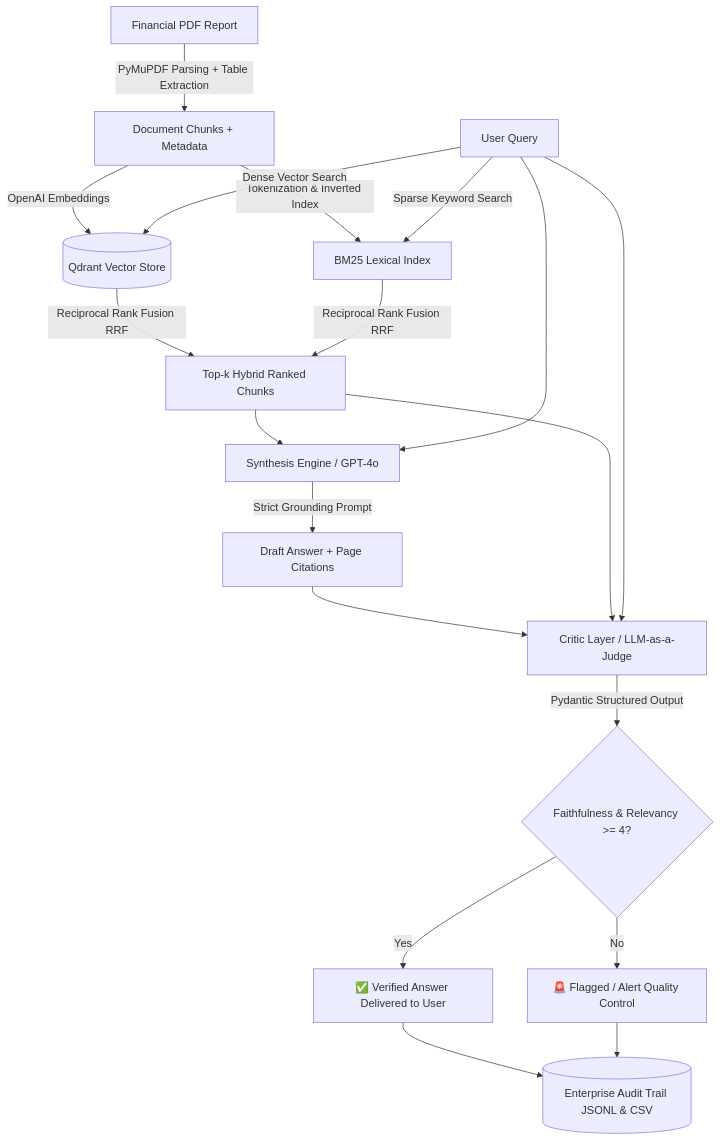
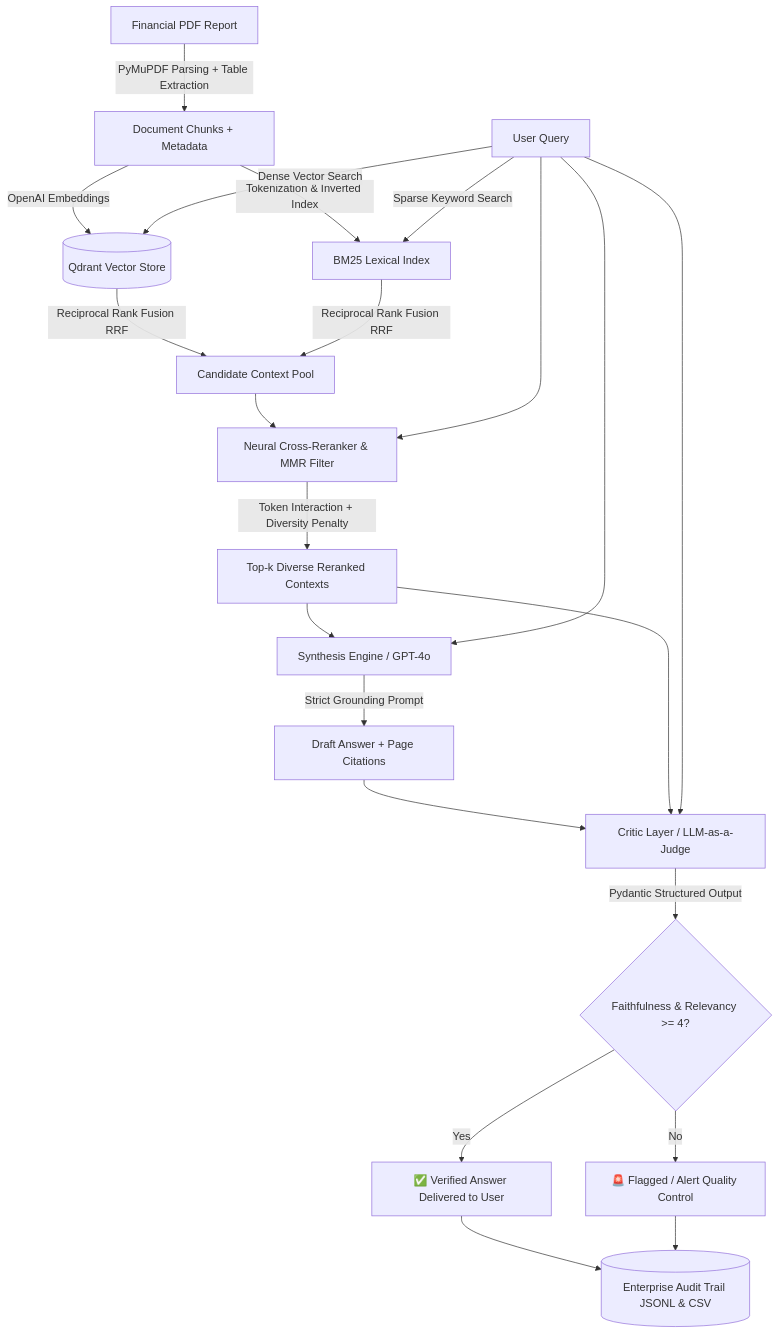
One commit to Melltros/multimodal-enterprise-rag changed the diagram in README.md. Above: the diagram before and after it, drawn with Mermaid. The commit also changed other lines of this file and 9 other files, not shown here.

Commit message:
feat(reranker): implement neural cross-reranker with MMR context redundancy filtering

````diff
--- a/README.md
+++ b/README.md
@@ -15,22 +15,25 @@
 ```mermaid
 flowchart TD
     A[Financial PDF Report] -->|PyMuPDF Parsing + Table Extraction| B[Document Chunks + Metadata]
     B -->|OpenAI Embeddings| C[(Qdrant Vector Store)]
     B -->|Tokenization & Inverted Index| D[BM25 Lexical Index]
     
     E[User Query] -->|Dense Vector Search| C
     E -->|Sparse Keyword Search| D
     
-    C & D -->|Reciprocal Rank Fusion RRF| F[Top-k Hybrid Ranked Chunks]
+    C & D -->|Reciprocal Rank Fusion RRF| F[Candidate Context Pool]
     
-    F & E --> G[Synthesis Engine / GPT-4o]
-    G -->|Strict Grounding Prompt| H[Draft Answer + Page Citations]
+    F & E --> G[Neural Cross-Reranker & MMR Filter]
+    G -->|Token Interaction + Diversity Penalty| H[Top-k Diverse Reranked Contexts]
     
-    H & F & E --> I[Critic Layer / LLM-as-a-Judge]
-    I -->|Pydantic Structured Output| J{Faithfulness & Relevancy >= 4?}
+    H & E --> I[Synthesis Engine / GPT-4o]
+    I -->|Strict Grounding Prompt| J[Draft Answer + Page Citations]
     
-    J -->|Yes| K[✅ Verified Answer Delivered to User]
-    J -->|No| L[🚨 Flagged / Alert Quality Control]
+    J & H & E --> K[Critic Layer / LLM-as-a-Judge]
+    K -->|Pydantic Structured Output| L{Faithfulness & Relevancy >= 4?}
     
-    K & L --> M[(Enterprise Audit Trail JSONL & CSV)]
+    L -->|Yes| M[✅ Verified Answer Delivered to User]
+    L -->|No| N[🚨 Flagged / Alert Quality Control]
+    
+    M & N --> O[(Enterprise Audit Trail JSONL & CSV)]
 ```
````
